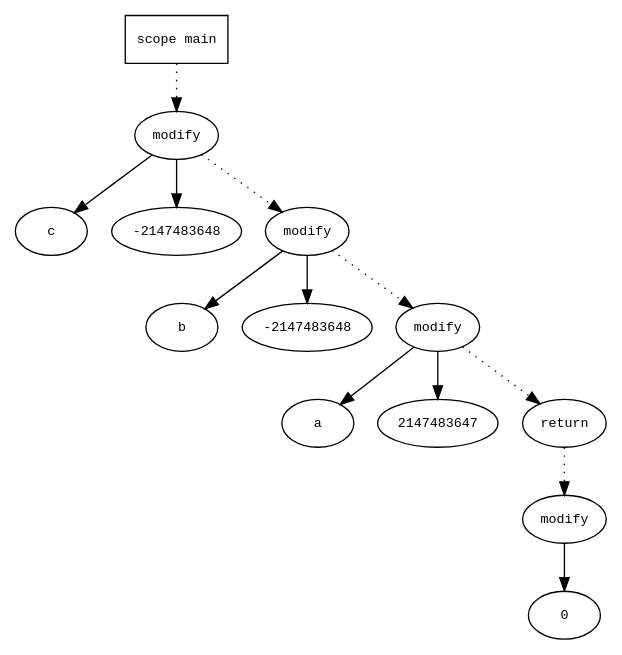
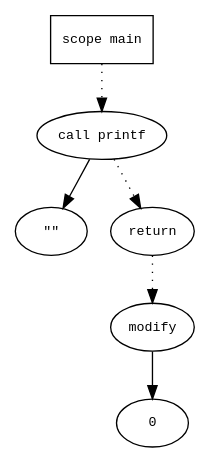
The diagram in result/ast.dot (alapha23/Ast-Extracter_gcc), drawn with Graphviz before and after one commit. The commit also changed 8 other files, not shown here.

```diff
--- a/result/ast.dot
+++ b/result/ast.dot
@@ -1,31 +1,17 @@
 digraph AST {
   graph [fontname="Times New Roman",fontsize=10];
   node  [fontname="Courier New",fontsize=10];
   edge  [fontname="Times New Roman",fontsize=10];
 
   node1 [label="scope main",shape=box];
-  node2 [label="modify",shape=ellipse];
-  node3 [label="c",shape=ellipse];
+  node2 [label="call printf",shape=ellipse];
+  node3 [label="\"\"",shape=ellipse];
   node2->node3;
-  node4 [label="-2147483648",shape=ellipse];
-  node2->node4;
   node1 -> node2 [style=dotted]
+  node4 [label="return",shape=ellipse];
   node5 [label="modify",shape=ellipse];
-  node6 [label="b",shape=ellipse];
+  node6 [label="0",shape=ellipse];
   node5->node6;
-  node7 [label="-2147483648",shape=ellipse];
-  node5->node7;
-  node2 -> node5 [style=dotted]
-  node8 [label="modify",shape=ellipse];
-  node9 [label="a",shape=ellipse];
-  node8->node9;
-  node10 [label="2147483647",shape=ellipse];
-  node8->node10;
-  node5 -> node8 [style=dotted]
-  node11 [label="return",shape=ellipse];
-  node12 [label="modify",shape=ellipse];
-  node13 [label="0",shape=ellipse];
-  node12->node13;
-  node11 -> node12 [style=dotted]
-  node8 -> node11 [style=dotted]
+  node4 -> node5 [style=dotted]
+  node2 -> node4 [style=dotted]
 } 
```
